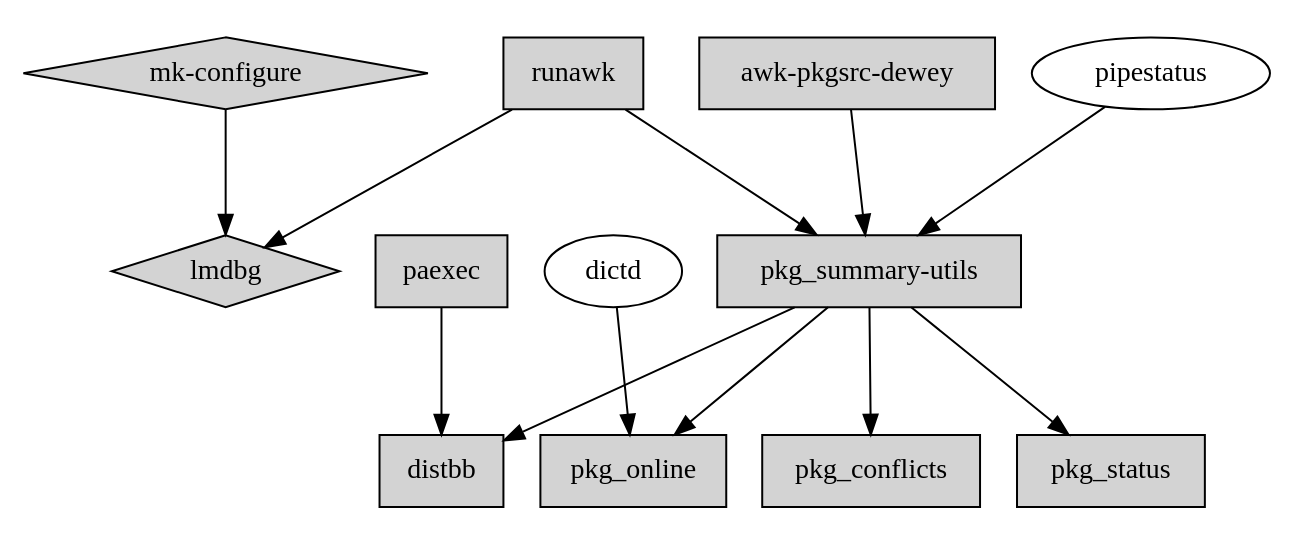
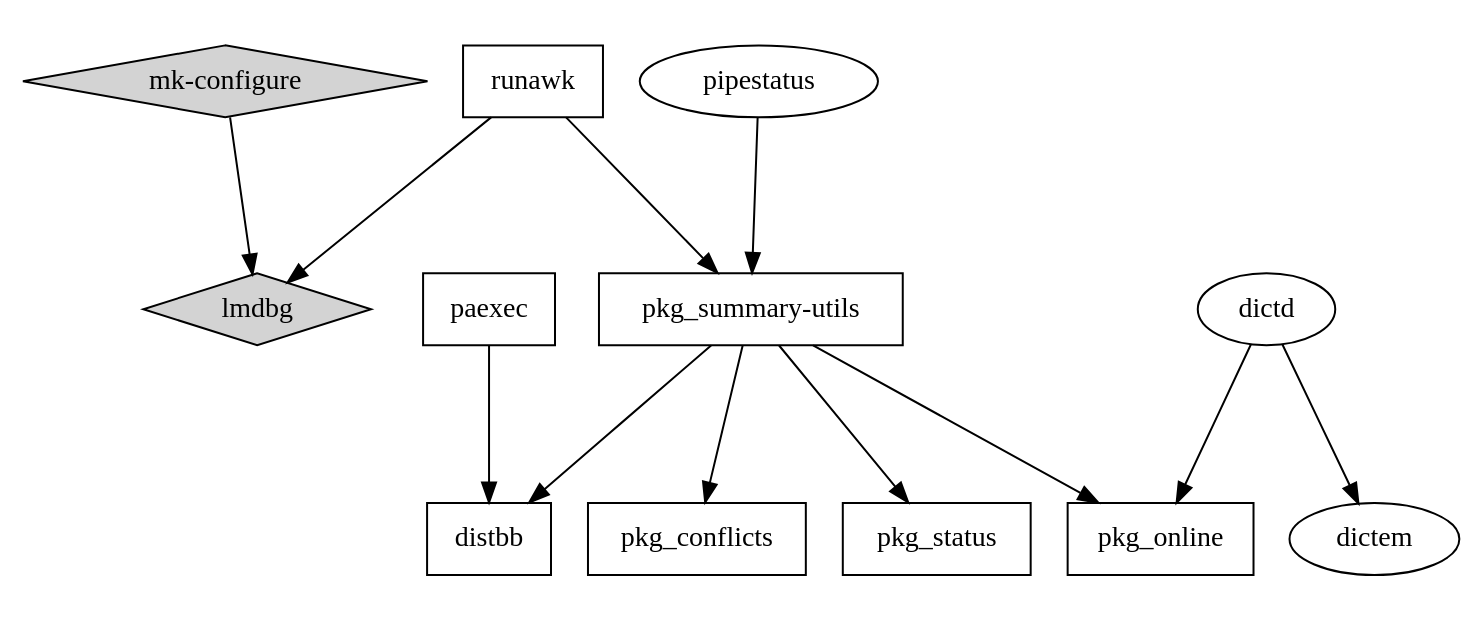
One commit to cheusov/mk-configure changed the diagram in doc/my_prjs.dot. Above: the diagram before and after it, drawn with Graphviz. The commit also changed 2 other files, not shown here.

```diff
--- a/doc/my_prjs.dot
+++ b/doc/my_prjs.dot
@@ -1,24 +1,29 @@
 digraph FSA {
  graph [ ratio=compress layout=dot rankdir=UB ratio=0.4 ];
 
  node [ shape = diamond style=filled fonsize=18 ];
 
    "mk-configure" -> "lmdbg";
 
+ node [ shape = oval style=solid ];
+
+   "dictd";
+   "dictem";
+
  node [ shape = box ];
 
-   "runawk" -> "pkg_summary-utils";
-   "runawk" -> "lmdbg";
-   "awk-pkgsrc-dewey" -> "pkg_summary-utils";
+   "runawk"            -> "pkg_summary-utils";
+   "runawk"            -> "lmdbg";
    "pkg_summary-utils" -> "distbb";
    "paexec"            -> "distbb";
+   "dictd"             -> "dictem";
    "pkg_summary-utils" -> "pkg_online";
    "pkg_summary-utils" -> "pkg_conflicts";
    "pkg_summary-utils" -> "pkg_status";
 
  node [ shape = oval style=solid ];
 
    "dictd" -> "pkg_online";
    "pipestatus" -> "pkg_summary-utils";
 
 }
```
